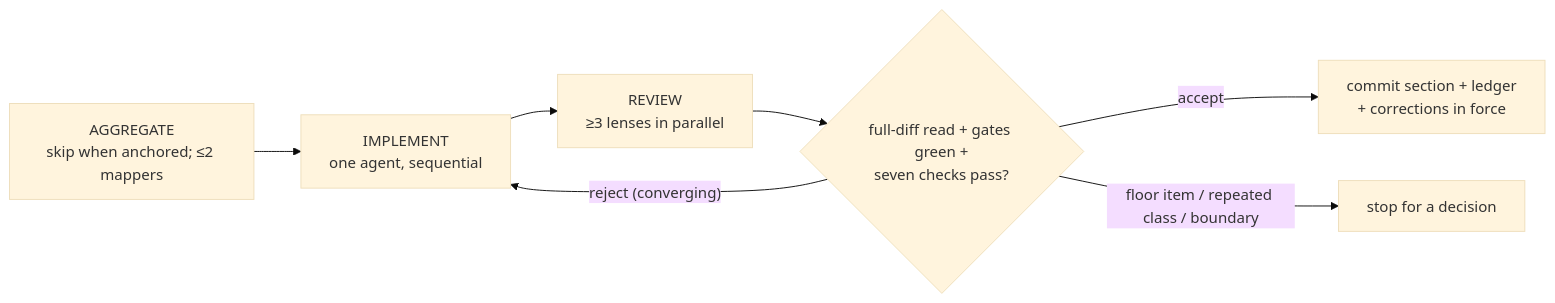
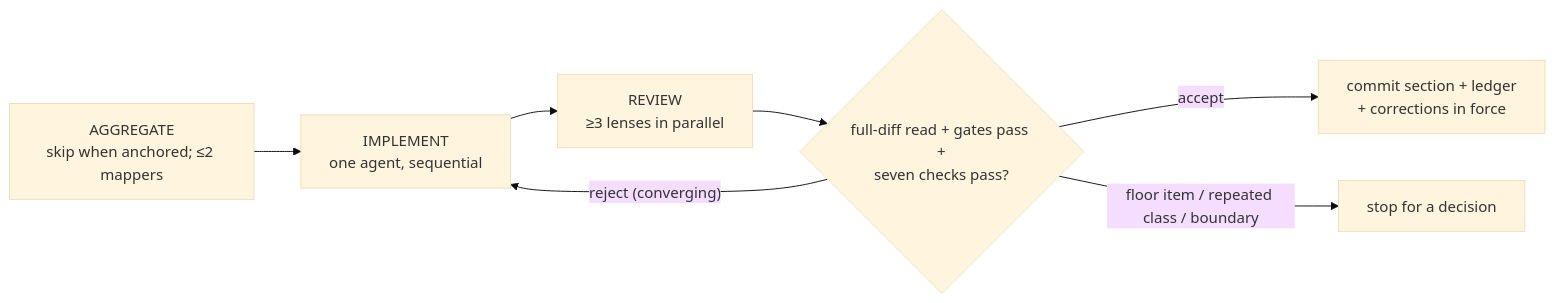
One commit to carboni123/goal-driven-implementation changed the first of 2 diagrams in skills/goal-driven-implementation/assets/plan-template.md. Above: the diagram before and after it, drawn with Mermaid (base theme). The commit also changed other lines of this file and 11 other files, not shown here.

````diff
--- a/skills/goal-driven-implementation/assets/plan-template.md
+++ b/skills/goal-driven-implementation/assets/plan-template.md
@@ -139,9 +139,9 @@
 ```mermaid
 flowchart LR
   AGG["AGGREGATE<br>skip when anchored; ≤2 mappers"] --> IMPL["IMPLEMENT<br>one agent, sequential"]
   IMPL --> REV["REVIEW<br>≥3 lenses in parallel"]
-  REV --> GATE{"full-diff read + gates green +<br>seven checks pass?"}
+  REV --> GATE{"full-diff read + gates pass +<br>seven checks pass?"}
   GATE -- "reject (converging)" --> IMPL
   GATE -- accept --> COMMIT["commit section + ledger<br>+ corrections in force"]
   GATE -- "floor item / repeated class / boundary" --> STOP["stop for a decision"]
 ```
````
